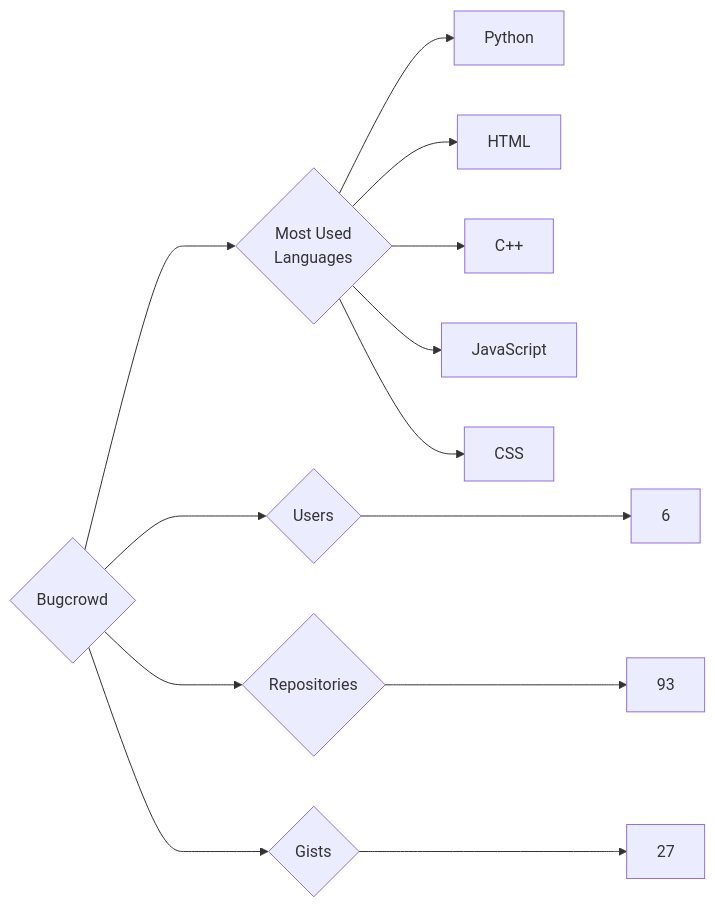
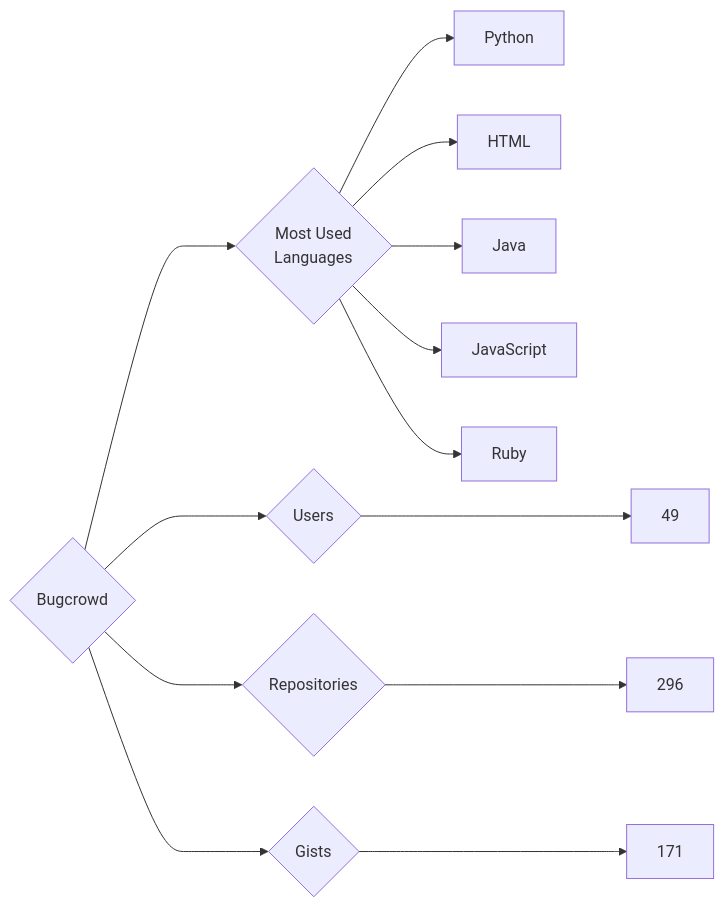
Before and after one commit to trickest/insiders: the diagram in targets/Bugcrowd/README.md, drawn with Mermaid. The commit also changed 934 other files, not shown here.

````diff
--- a/targets/Bugcrowd/README.md
+++ b/targets/Bugcrowd/README.md
@@ -3,13 +3,13 @@
 ```mermaid
 graph LR
 COMPANY_NAME{Bugcrowd}
-COMPANY_NAME ---> U{Users} ---> UN[6]
-COMPANY_NAME ---> R{Repositories} ---> RN[93]
-COMPANY_NAME ---> G{Gists} ---> GN[27]
+COMPANY_NAME ---> U{Users} ---> UN[49]
+COMPANY_NAME ---> R{Repositories} ---> RN[296]
+COMPANY_NAME ---> G{Gists} ---> GN[171]
 COMPANY_NAME ---> ML{Most Used<br>Languages}
 ML --> Python[Python]
 ML --> HTML[HTML]
-ML --> C++[C++]
+ML --> Java[Java]
 ML --> JavaScript[JavaScript]
-ML --> CSS[CSS]
+ML --> Ruby[Ruby]
 ```
````
